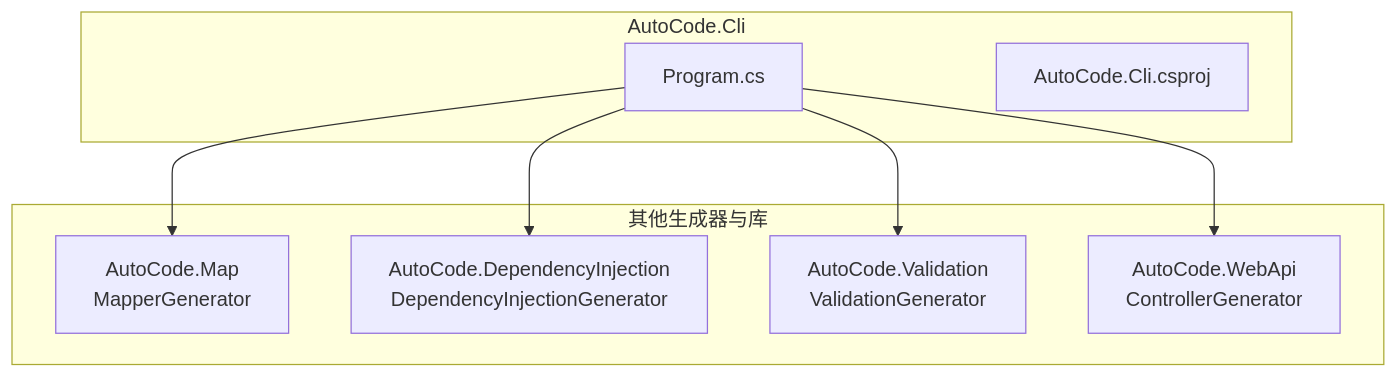
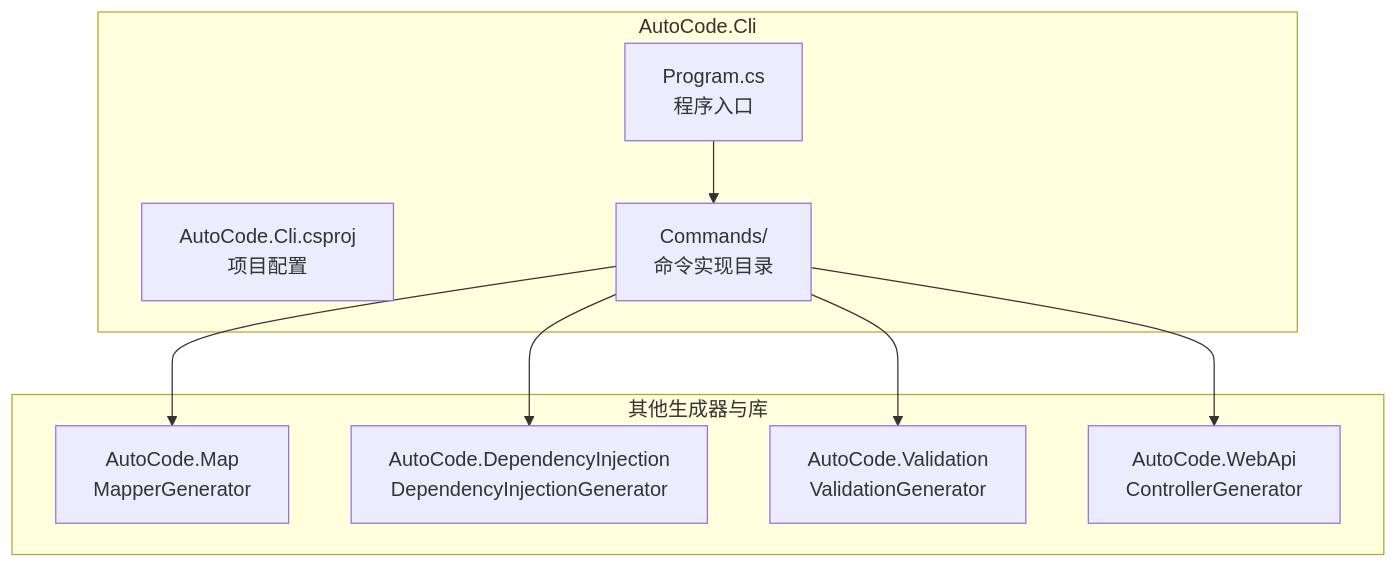
One commit to alivy/AutoCode changed the first of 3 diagrams in .qoder/repowiki/zh/content/核心概念/命令行工具.md. Above: the diagram before and after it, drawn with Mermaid. The commit also changed other lines of this file and 29 other files, not shown here.

````diff
--- a/.qoder/repowiki/zh/content/核心概念/命令行工具.md
+++ b/.qoder/repowiki/zh/content/核心概念/命令行工具.md
@@ -30,17 +39,19 @@
 ```mermaid
 graph TB
 subgraph "AutoCode.Cli"
-P["Program.cs"]
-CSP["AutoCode.Cli.csproj"]
+P["Program.cs<br/>程序入口"]
+CSP["AutoCode.Cli.csproj<br/>项目配置"]
+CMD["Commands/<br/>命令实现目录"]
 end
 subgraph "其他生成器与库"
 MAP["AutoCode.Map<br/>MapperGenerator"]
 DI["AutoCode.DependencyInjection<br/>DependencyInjectionGenerator"]
 VAL["AutoCode.Validation<br/>ValidationGenerator"]
 WEBAPI["AutoCode.WebApi<br/>ControllerGenerator"]
 end
-P --> MAP
-P --> DI
-P --> VAL
-P --> WEBAPI
+P --> CMD
+CMD --> MAP
+CMD --> DI
+CMD --> VAL
+CMD --> WEBAPI
 ```
````
